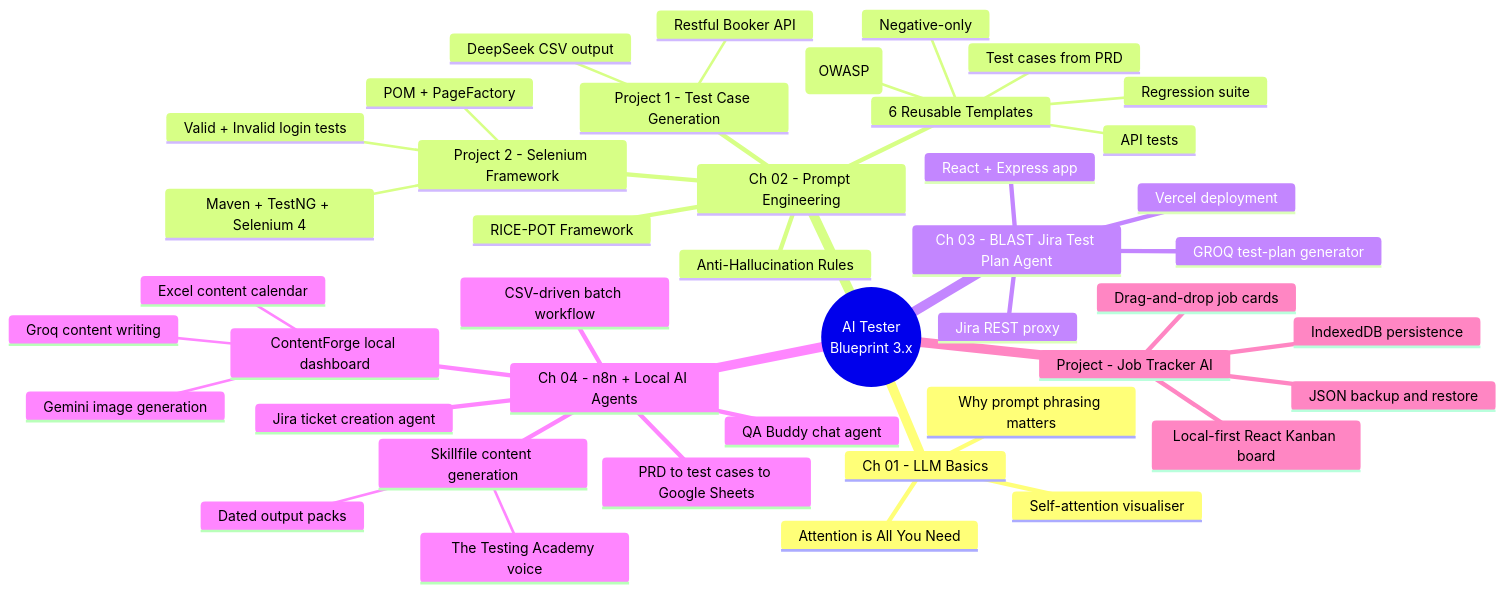
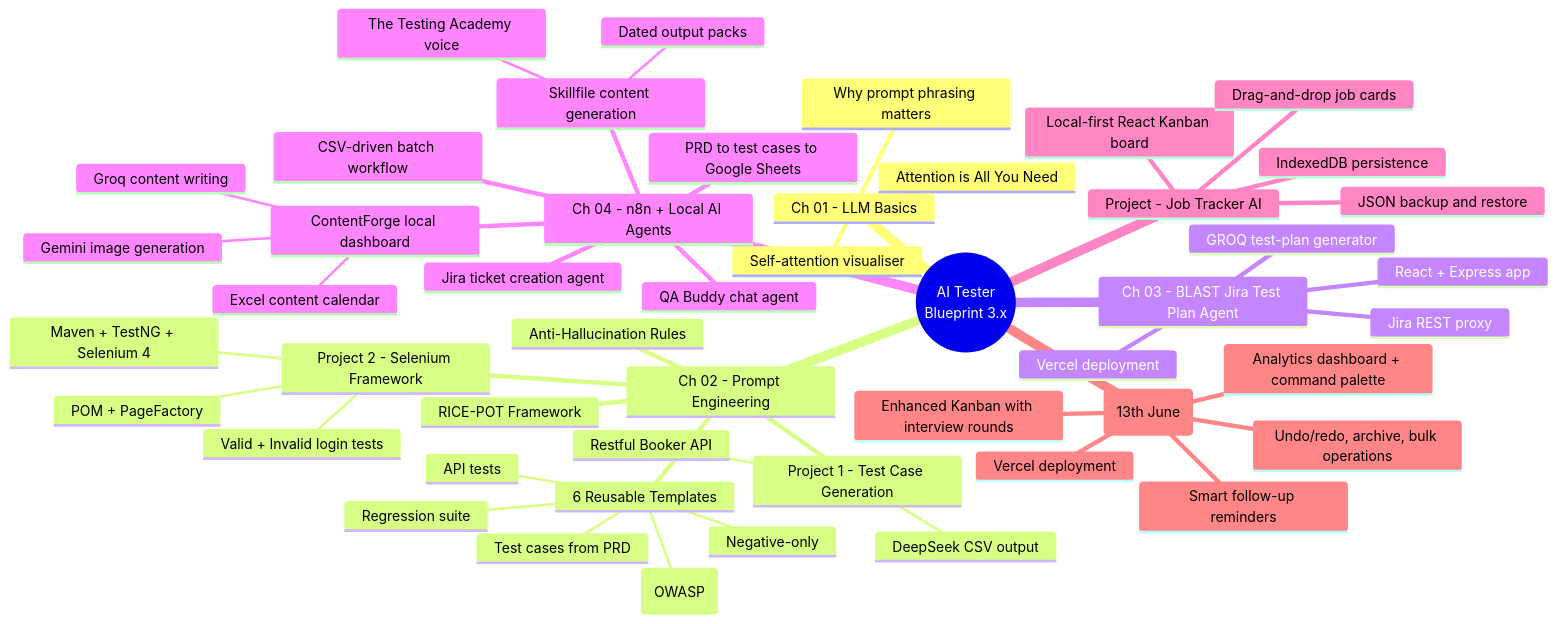
One commit to RJ-626/Learn_AITester_batch3x changed the first of 4 diagrams in README.md. Above: the diagram before and after it, drawn with Mermaid. The commit also changed other lines of this file and 27 other files, not shown here.

Commit message:
feat: add enhanced Job Tracker live task (13th June) with interview rounds, analytics, command palette, undo/redo, archive, and smart reminders

````diff
--- a/README.md
+++ b/README.md
@@ -12,46 +12,52 @@
 ```mermaid
 mindmap
   root((AI Tester<br/>Blueprint 3.x))
     Ch 01 - LLM Basics
       Attention is All You Need
       Self-attention visualiser
       Why prompt phrasing matters
     Ch 02 - Prompt Engineering
       Anti-Hallucination Rules
       RICE-POT Framework
       Project 1 - Test Case Generation
         Restful Booker API
         DeepSeek CSV output
       Project 2 - Selenium Framework
         Maven + TestNG + Selenium 4
         POM + PageFactory
         Valid + Invalid login tests
       6 Reusable Templates
         Test cases from PRD
         API tests
         Negative-only
         Security (OWASP)
         Regression suite
     Ch 03 - BLAST Jira Test Plan Agent
       React + Express app
       Jira REST proxy
       GROQ test-plan generator
       Vercel deployment
     Ch 04 - n8n + Local AI Agents
       QA Buddy chat agent
       Jira ticket creation agent
       PRD to test cases to Google Sheets
       CSV-driven batch workflow
       ContentForge local dashboard
         Groq content writing
         Gemini image generation
         Excel content calendar
       Skillfile content generation
         The Testing Academy voice
         Dated output packs
     Project - Job Tracker AI
       Local-first React Kanban board
       IndexedDB persistence
       Drag-and-drop job cards
       JSON backup and restore
+    Live Task - Job Tracker (13th June)
+      Enhanced Kanban with interview rounds
+      Analytics dashboard + command palette
+      Undo/redo, archive, bulk operations
+      Smart follow-up reminders
+      Vercel deployment
 ```
````
